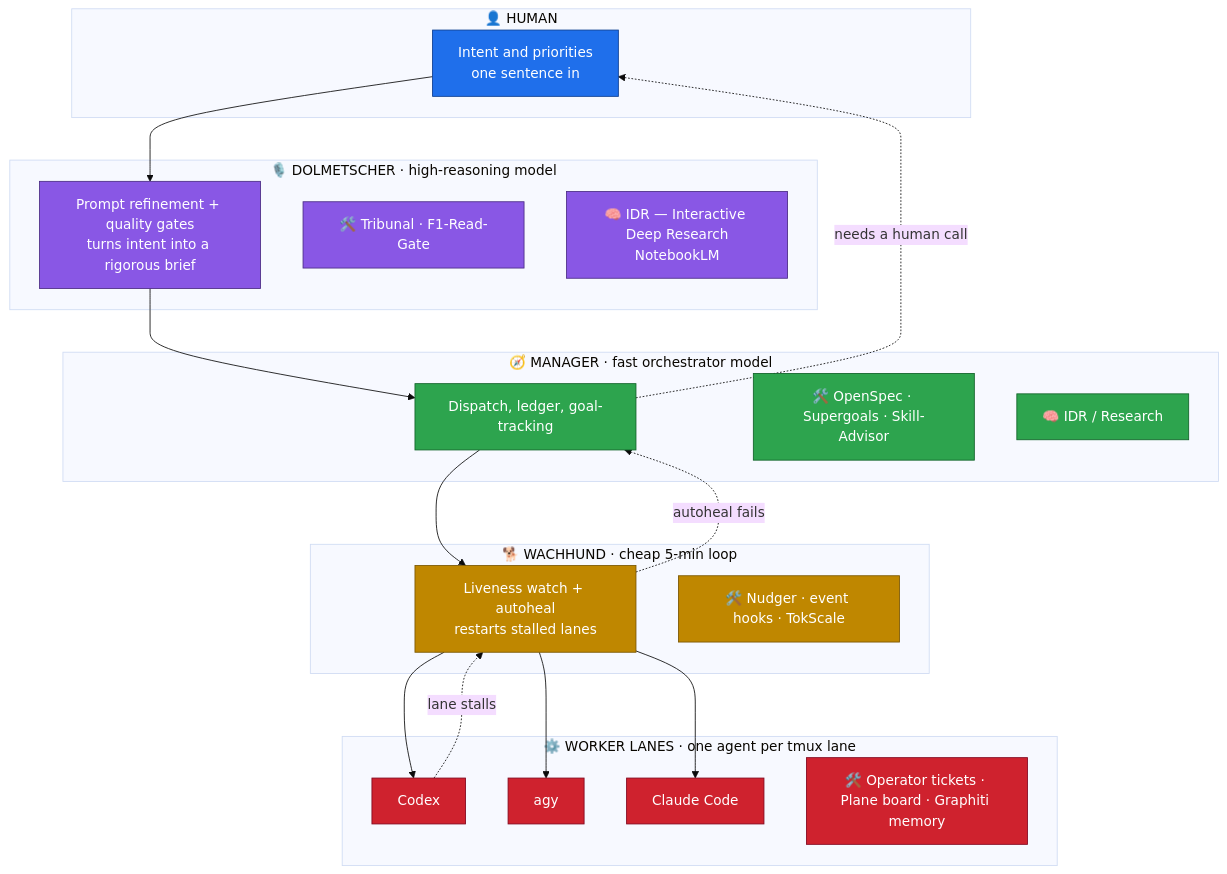
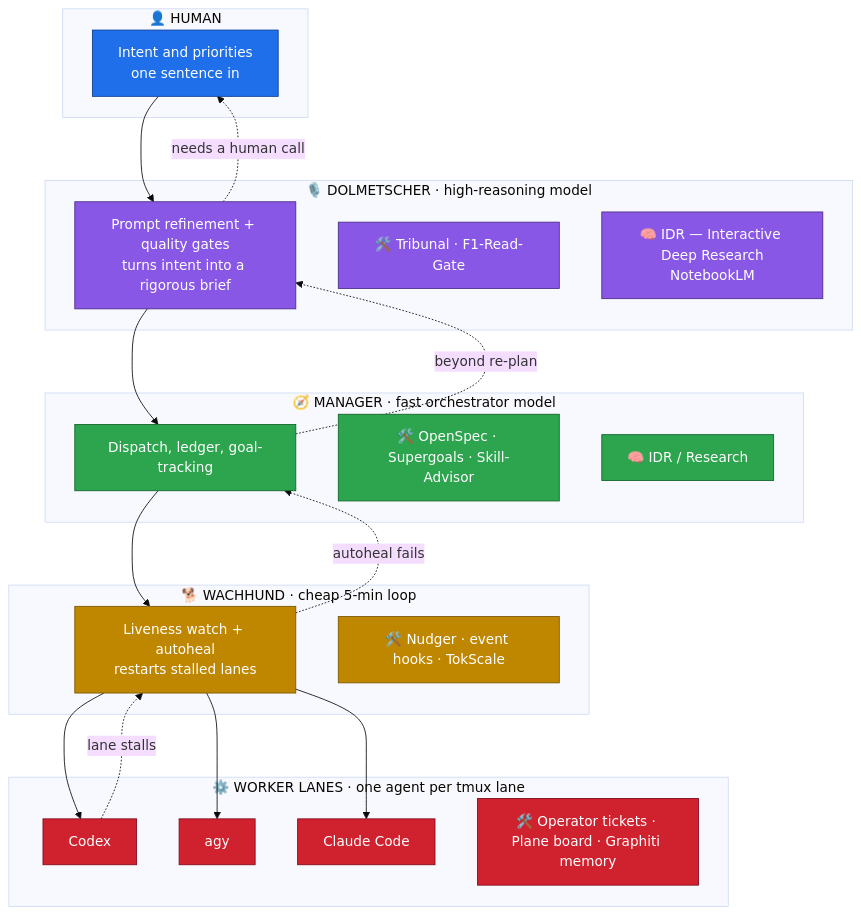
The diagram in README.md (Martin-Hausleitner/agent-orchestration), drawn with Mermaid (base theme) before and after one commit. The commit also changed other lines of this file, not shown here.

Commit message:
showcase self-critique R1+R2: fix escalation path (M->Dolmetscher->Human), intro human-wording, add 'Why a refinement layer' rationale

````diff
--- a/README.md
+++ b/README.md
@@ -11,48 +11,49 @@
 ```mermaid
 flowchart TD
     subgraph L0["👤 HUMAN"]
         H["Intent and priorities<br/>one sentence in"]
     end
     subgraph L1["🎙️ DOLMETSCHER · high-reasoning model"]
         D["Prompt refinement + quality gates<br/>turns intent into a rigorous brief"]
         DT["🛠️ Tribunal · F1-Read-Gate"]
         DI["🧠 IDR — Interactive Deep Research<br/>NotebookLM"]
     end
     subgraph L2["🧭 MANAGER · fast orchestrator model"]
         M["Dispatch, ledger, goal-tracking"]
         MT["🛠️ OpenSpec · Supergoals · Skill-Advisor"]
         MI["🧠 IDR / Research"]
     end
     subgraph L3["🐕 WACHHUND · cheap 5-min loop"]
         W["Liveness watch + autoheal<br/>restarts stalled lanes"]
         WT["🛠️ Nudger · event hooks · TokScale"]
     end
     subgraph L4["⚙️ WORKER LANES · one agent per tmux lane"]
         WC["Codex"]
         WA["agy"]
         WCC["Claude Code"]
         WT2["🛠️ Operator tickets · Plane board · Graphiti memory"]
     end
 
     H --> D
     D --> M
     M --> W
     W --> WC
     W --> WA
     W --> WCC
 
     WC -. "lane stalls" .-> W
     W -. "autoheal fails" .-> M
-    M -. "needs a human call" .-> H
+    M -. "beyond re-plan" .-> D
+    D -. "needs a human call" .-> H
 
     classDef human fill:#1f6feb,stroke:#0b3d91,color:#fff
     classDef dolm fill:#8957e5,stroke:#4b2c85,color:#fff
     classDef mgr fill:#2da44e,stroke:#116329,color:#fff
     classDef watch fill:#bf8700,stroke:#7a5600,color:#fff
     classDef work fill:#cf222e,stroke:#82071e,color:#fff
     class H human
     class D,DT,DI dolm
     class M,MT,MI mgr
     class W,WT watch
     class WC,WA,WCC,WT2 work
 ```
````
